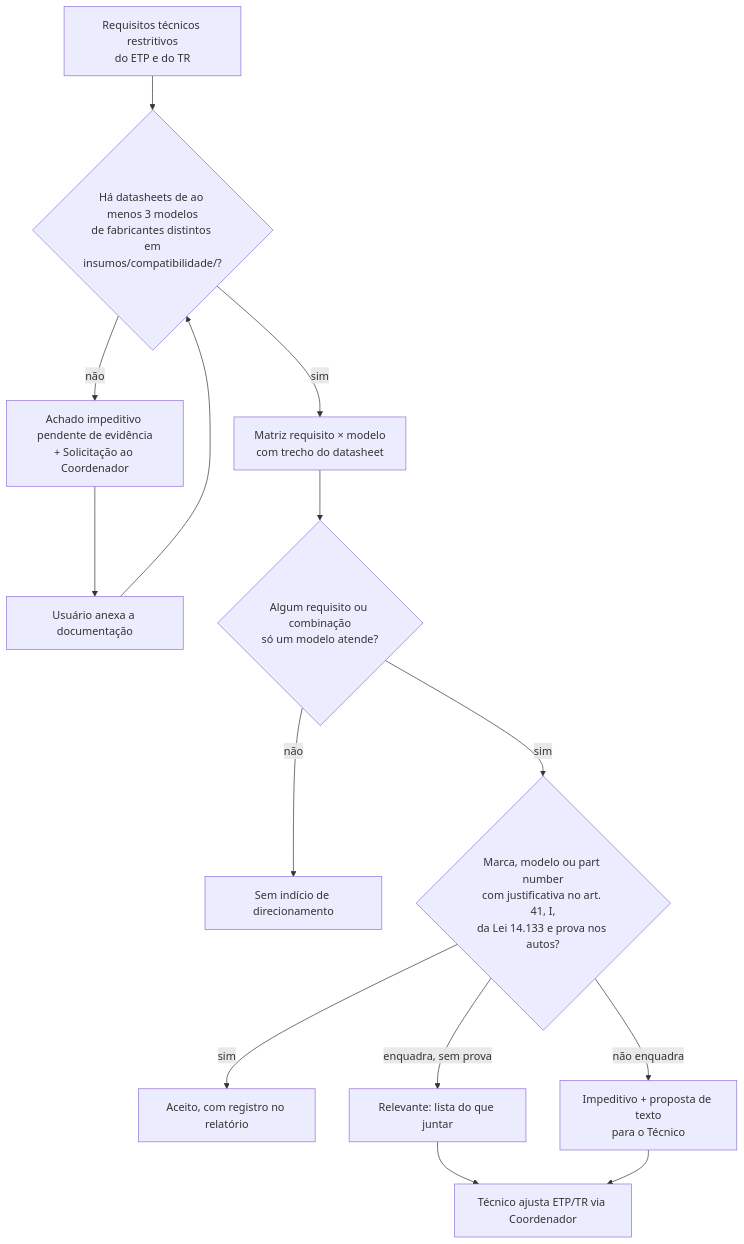
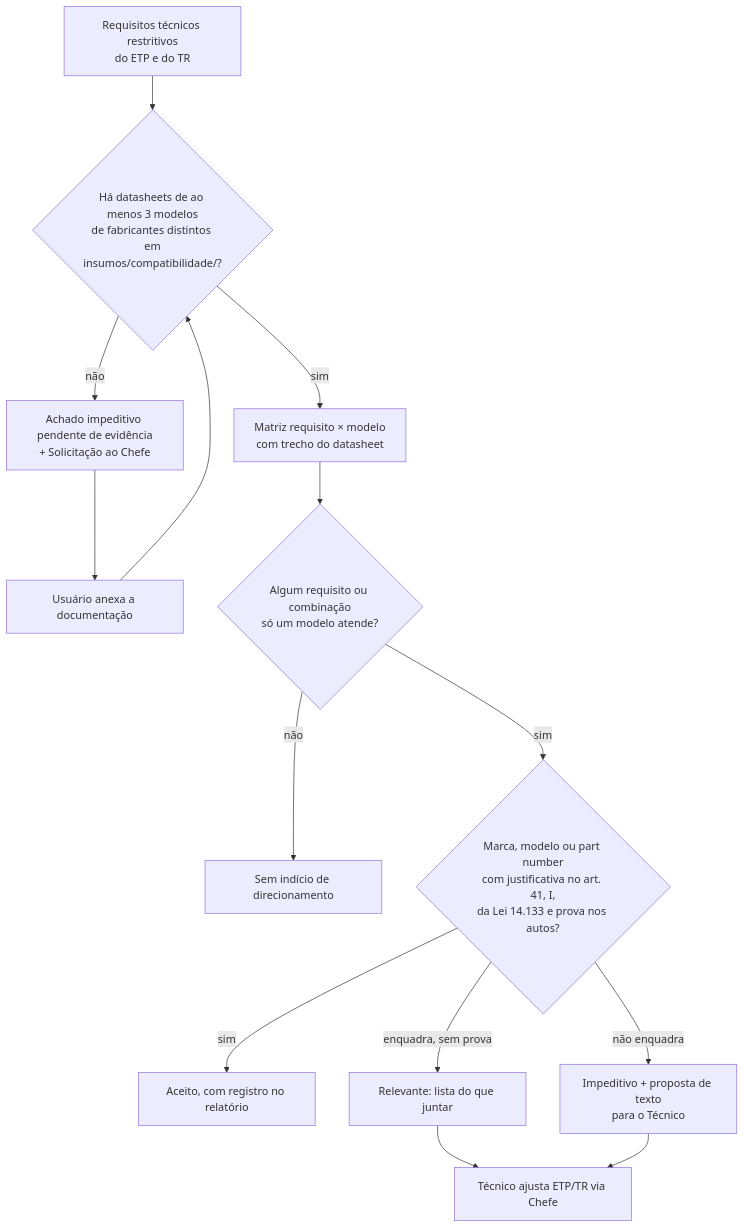
Before and after one commit to marquesmarcelo/ia-contratacao-tic: the fourth of 4 diagrams in README.md, drawn with Mermaid. The commit also changed other lines of this file and 48 other files, not shown here.

````diff
--- a/README.md
+++ b/README.md
@@ -146,15 +176,15 @@
 ```mermaid
 flowchart TD
     A[Requisitos técnicos restritivos<br/>do ETP e do TR] --> B{Há datasheets de ao menos 3 modelos<br/>de fabricantes distintos em<br/>insumos/compatibilidade/?}
-    B -->|não| C[Achado impeditivo pendente de evidência<br/>+ Solicitação ao Coordenador]
+    B -->|não| C[Achado impeditivo pendente de evidência<br/>+ Solicitação ao Chefe]
     C --> D[Usuário anexa a documentação] --> B
     B -->|sim| E[Matriz requisito × modelo<br/>com trecho do datasheet]
     E --> F{Algum requisito ou combinação<br/>só um modelo atende?}
     F -->|não| OK[Sem indício de direcionamento]
     F -->|sim| H{Marca, modelo ou part number<br/>com justificativa no art. 41, I,<br/>da Lei 14.133 e prova nos autos?}
     H -->|sim| OK2[Aceito, com registro no relatório]
     H -->|enquadra, sem prova| REL[Relevante: lista do que juntar]
     H -->|não enquadra| IMP[Impeditivo + proposta de texto<br/>para o Técnico]
-    REL --> T[Técnico ajusta ETP/TR via Coordenador]
+    REL --> T[Técnico ajusta ETP/TR via Chefe]
     IMP --> T
 ```
````
